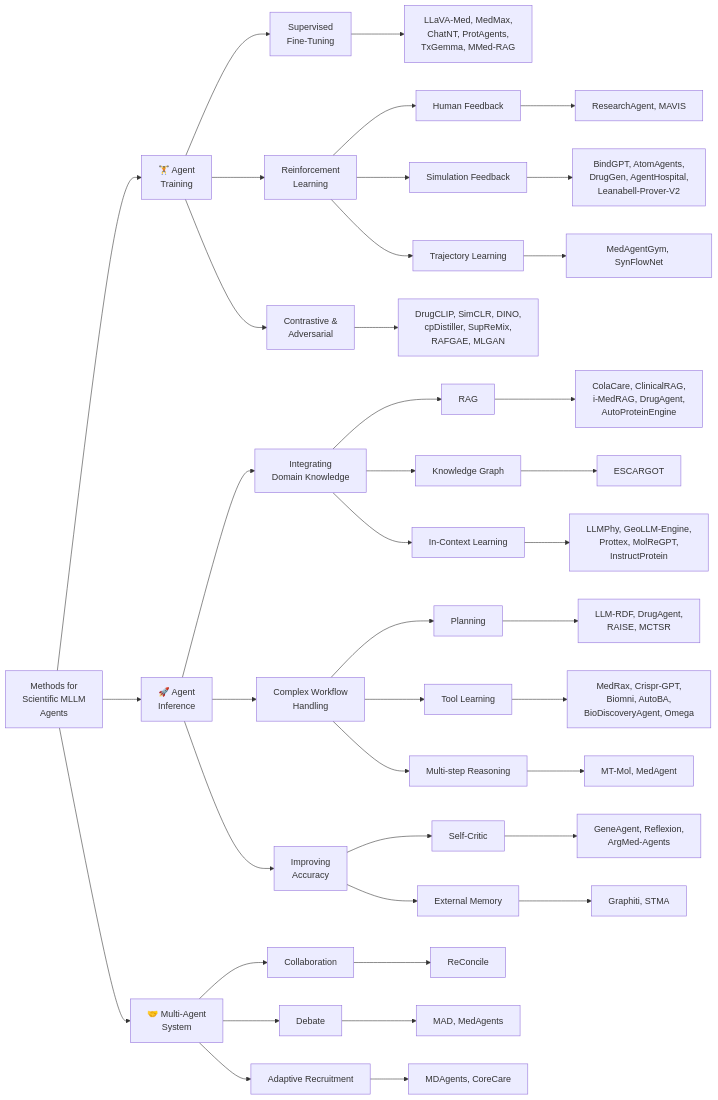
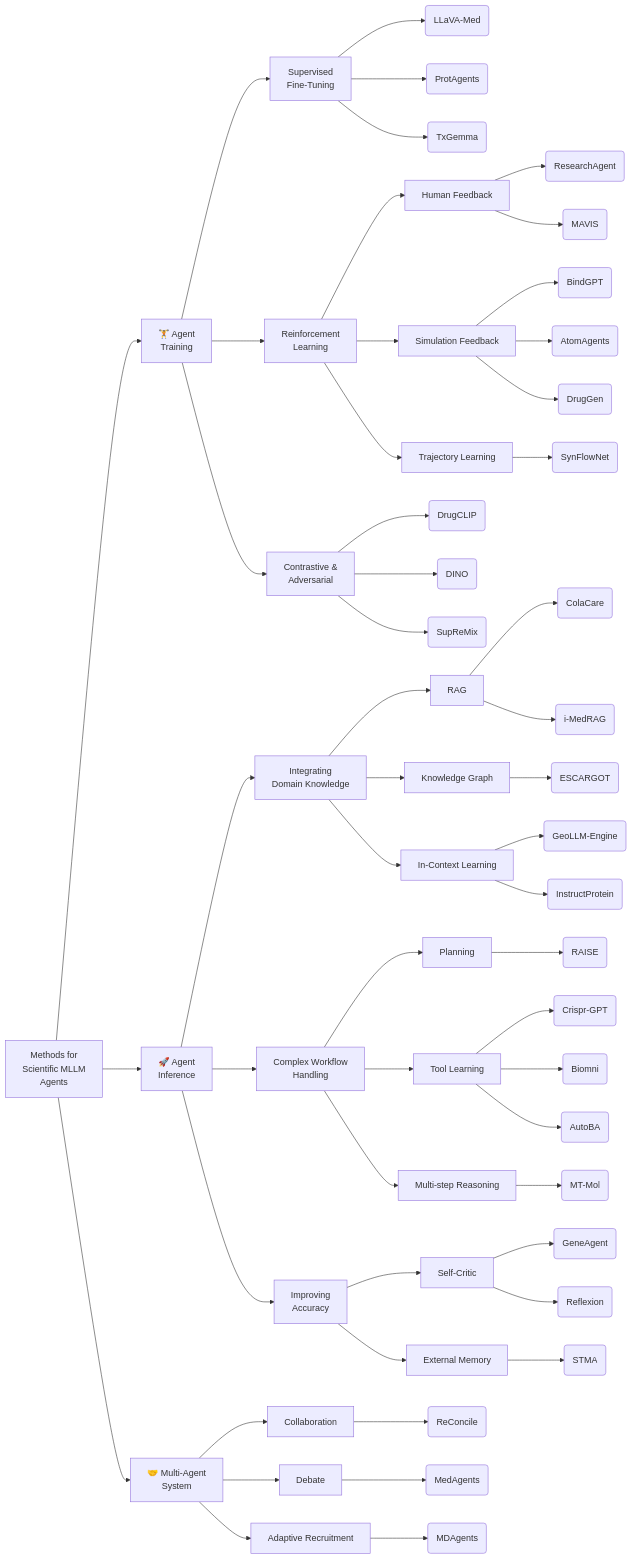
Before and after one commit to JianJinglin/awesome-agentic-AIScientists: the second of 2 diagrams in README.md, drawn with Mermaid. The commit also changed other lines of this file, not shown here.

First line of the commit message:
Add clickable paper links to Mermaid taxonomy diagrams

````diff
--- a/README.md
+++ b/README.md
@@ -234,17 +280,24 @@
     B --> B2[Reinforcement<br>Learning]
     B --> B3[Contrastive &<br>Adversarial]
 
-    B1 --> B1p[LLaVA-Med, MedMax,<br>ChatNT, ProtAgents,<br>TxGemma, MMed-RAG]
+    B1 --> B1a(LLaVA-Med)
+    B1 --> B1b(ProtAgents)
+    B1 --> B1c(TxGemma)
 
     B2 --> B2a[Human Feedback]
     B2 --> B2b[Simulation Feedback]
     B2 --> B2c[Trajectory Learning]
 
-    B2a --> B2ap[ResearchAgent, MAVIS]
-    B2b --> B2bp[BindGPT, AtomAgents,<br>DrugGen, AgentHospital,<br>Leanabell-Prover-V2]
-    B2c --> B2cp[MedAgentGym, SynFlowNet]
+    B2a --> B2a1(ResearchAgent)
+    B2a --> B2a2(MAVIS)
+    B2b --> B2b1(BindGPT)
+    B2b --> B2b2(AtomAgents)
+    B2b --> B2b3(DrugGen)
+    B2c --> B2c1(SynFlowNet)
 
-    B3 --> B3p[DrugCLIP, SimCLR, DINO,<br>cpDistiller, SupReMix,<br>RAFGAE, MLGAN]
+    B3 --> B3a(DrugCLIP)
+    B3 --> B3b(DINO)
+    B3 --> B3c(SupReMix)
 
     C --> C1[Integrating<br>Domain Knowledge]
     C --> C2[Complex Workflow<br>Handling]
@@ -254,29 +307,63 @@
     C1 --> C1b[Knowledge Graph]
     C1 --> C1c[In-Context Learning]
 
-    C1a --> C1ap[ColaCare, ClinicalRAG,<br>i-MedRAG, DrugAgent,<br>AutoProteinEngine]
-    C1b --> C1bp[ESCARGOT]
-    C1c --> C1cp[LLMPhy, GeoLLM-Engine,<br>Prottex, MolReGPT,<br>InstructProtein]
+    C1a --> C1a1(ColaCare)
+    C1a --> C1a2(i-MedRAG)
+    C1b --> C1b1(ESCARGOT)
+    C1c --> C1c1(GeoLLM-Engine)
+    C1c --> C1c2(InstructProtein)
 
     C2 --> C2a[Planning]
     C2 --> C2b[Tool Learning]
     C2 --> C2c[Multi-step Reasoning]
 
-    C2a --> C2ap[LLM-RDF, DrugAgent,<br>RAISE, MCTSR]
-    C2b --> C2bp[MedRax, Crispr-GPT,<br>Biomni, AutoBA,<br>BioDiscoveryAgent, Omega]
-    C2c --> C2cp[MT-Mol, MedAgent]
+    C2a --> C2a1(RAISE)
+    C2b --> C2b1(Crispr-GPT)
+    C2b --> C2b2(Biomni)
+    C2b --> C2b3(AutoBA)
+    C2c --> C2c1(MT-Mol)
 
     C3 --> C3a[Self-Critic]
     C3 --> C3b[External Memory]
 
-    C3a --> C3ap[GeneAgent, Reflexion,<br>ArgMed-Agents]
-    C3b --> C3bp[Graphiti, STMA]
+    C3a --> C3a1(GeneAgent)
+    C3a --> C3a2(Reflexion)
+    C3b --> C3b1(STMA)
 
     D --> D1[Collaboration]
     D --> D2[Debate]
     D --> D3[Adaptive Recruitment]
 
-    D1 --> D1p[ReConcile]
-    D2 --> D2p[MAD, MedAgents]
-    D3 --> D3p[MDAgents, CoreCare]
+    D1 --> D1a(ReConcile)
+    D2 --> D2a(MedAgents)
+    D3 --> D3a(MDAgents)
+
+    click B1a "https://arxiv.org/abs/2306.00890" _blank
+    click B1b "https://pubs.rsc.org/en/content/articlehtml/2024/dd/d4dd00013g" _blank
+    click B1c "https://arxiv.org/abs/2503.14156" _blank
+    click B2a1 "https://arxiv.org/abs/2404.07738" _blank
+    click B2a2 "https://arxiv.org/abs/2407.11686" _blank
+    click B2b1 "https://arxiv.org/abs/2406.03686" _blank
+    click B2b2 "https://arxiv.org/abs/2407.10022" _blank
+    click B2b3 "https://arxiv.org/abs/2408.00124" _blank
+    click B2c1 "https://arxiv.org/abs/2405.01155" _blank
+    click B3a "https://arxiv.org/abs/2310.06367" _blank
+    click B3b "https://arxiv.org/abs/2304.07193" _blank
+    click B3c "https://arxiv.org/abs/2301.02328" _blank
+    click C1a1 "https://arxiv.org/abs/2403.05572" _blank
+    click C1a2 "https://arxiv.org/abs/2408.00727" _blank
+    click C1b1 "https://academic.oup.com/bioinformatics/article/41/2/btaf031/7972741" _blank
+    click C1c1 "https://arxiv.org/abs/2310.17029" _blank
+    click C1c2 "https://arxiv.org/abs/2310.03269" _blank
+    click C2a1 "https://arxiv.org/abs/2501.13834" _blank
+    click C2b1 "https://arxiv.org/abs/2404.18021" _blank
+    click C2b2 "https://arxiv.org/abs/2412.00637" _blank
+    click C2b3 "https://arxiv.org/abs/2309.10899" _blank
+    click C2c1 "https://arxiv.org/abs/2505.20820" _blank
+    click C3a1 "https://arxiv.org/abs/2405.10753" _blank
+    click C3a2 "https://arxiv.org/abs/2303.11366" _blank
+    click C3b1 "https://arxiv.org/abs/2501.16739" _blank
+    click D1a "https://arxiv.org/abs/2309.13007" _blank
+    click D2a "https://arxiv.org/abs/2311.10537" _blank
+    click D3a "https://arxiv.org/abs/2404.15488" _blank
 ```
````
